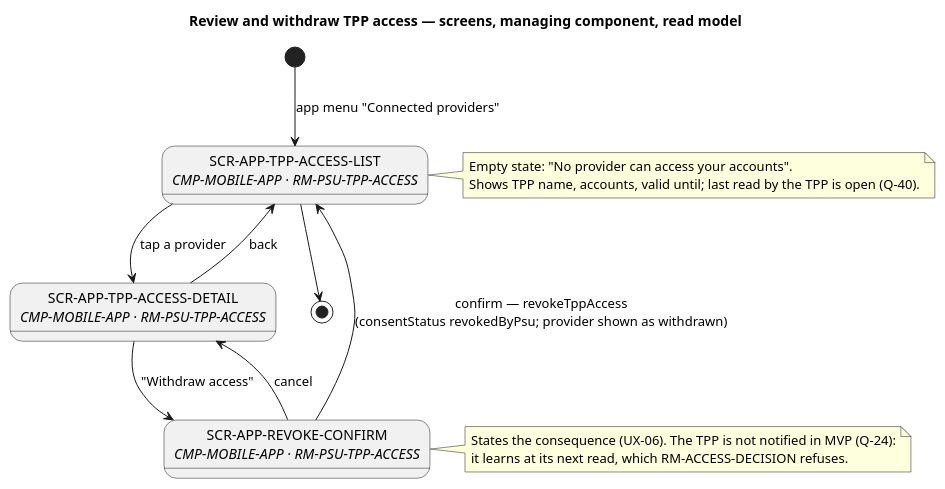
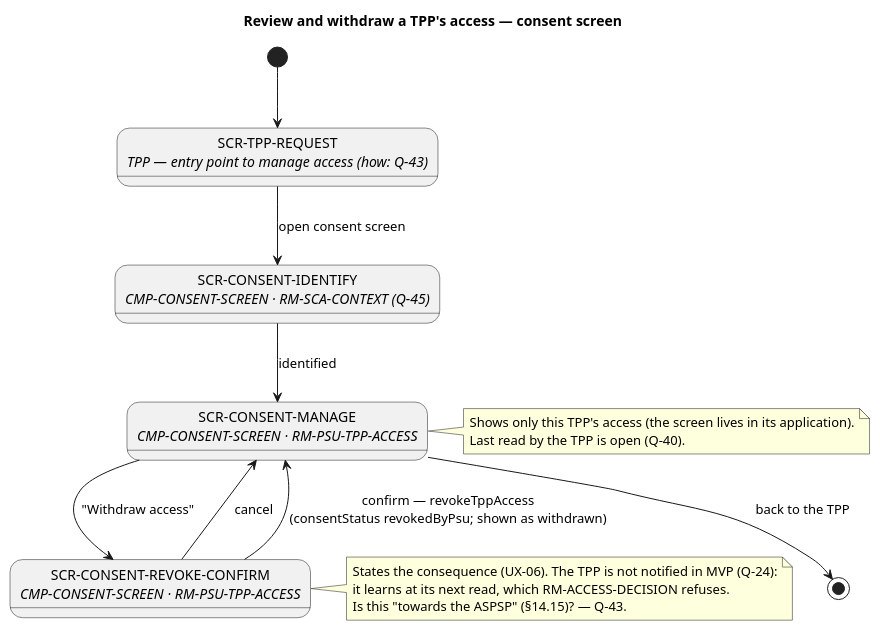
The diagram in docs/system/uml/ux/tpp-access-screen-flow.puml (vondacho/psd2-sandbox), drawn with PlantUML before and after one commit. The commit also changed 32 other files, not shown here.

First line of the commit message:
Realign proposal with ADR revision: consent screen, app as last factor

```diff
--- a/docs/system/uml/ux/tpp-access-screen-flow.puml
+++ b/docs/system/uml/ux/tpp-access-screen-flow.puml
@@ -1,26 +1,29 @@
 @startuml tpp-access-screen-flow
-' Screen flow — review and withdraw TPP access in the mobile app. PROPOSAL, AI, 2026-09-19 (iteration 2).
-' Stories: STORY-PSU-ACCESS-OVERVIEW, STORY-PSU-REVOKE (scope open, Q-26; data owner D-01).
-title Review and withdraw TPP access — screens, managing component, read model
+' Screen flow — review and withdraw one TPP's access. PROPOSAL, AI, 2026-09-19.
+' Iteration 3 (SRC-ADR 87c72b8): on the consent screen, presented in the TPP web application — no
+' longer in the mobile app, and no cross-TPP overview. Stories: STORY-PSU-REVOKE.
+title Review and withdraw a TPP's access — consent screen
 
-state "SCR-APP-TPP-ACCESS-LIST\n<i>CMP-MOBILE-APP · RM-PSU-TPP-ACCESS</i>" as List
-state "SCR-APP-TPP-ACCESS-DETAIL\n<i>CMP-MOBILE-APP · RM-PSU-TPP-ACCESS</i>" as Detail
-state "SCR-APP-REVOKE-CONFIRM\n<i>CMP-MOBILE-APP · RM-PSU-TPP-ACCESS</i>" as Confirm
+state "SCR-TPP-REQUEST\n<i>TPP — entry point to manage access (how: Q-43)</i>" as Entry
+state "SCR-CONSENT-IDENTIFY\n<i>CMP-CONSENT-SCREEN · RM-SCA-CONTEXT (Q-45)</i>" as Identify
+state "SCR-CONSENT-MANAGE\n<i>CMP-CONSENT-SCREEN · RM-PSU-TPP-ACCESS</i>" as Manage
+state "SCR-CONSENT-REVOKE-CONFIRM\n<i>CMP-CONSENT-SCREEN · RM-PSU-TPP-ACCESS</i>" as Confirm
 
-[*] --> List : app menu "Connected providers"
-List --> Detail : tap a provider
-Detail --> List : back
-Detail --> Confirm : "Withdraw access"
-Confirm --> Detail : cancel
-Confirm --> List : confirm — revokeTppAccess\n(consentStatus revokedByPsu; provider shown as withdrawn)
-List --> [*]
+[*] --> Entry
+Entry --> Identify : open consent screen
+Identify --> Manage : identified
+Manage --> Confirm : "Withdraw access"
+Confirm --> Manage : cancel
+Confirm --> Manage : confirm — revokeTppAccess\n(consentStatus revokedByPsu; shown as withdrawn)
+Manage --> [*] : back to the TPP
 
-note right of List
-  Empty state: "No provider can access your accounts".
-  Shows TPP name, accounts, valid until; last read by the TPP is open (Q-40).
+note right of Manage
+  Shows only this TPP's access (the screen lives in its application).
+  Last read by the TPP is open (Q-40).
 end note
 note right of Confirm
   States the consequence (UX-06). The TPP is not notified in MVP (Q-24):
   it learns at its next read, which RM-ACCESS-DECISION refuses.
+  Is this "towards the ASPSP" (§14.15)? — Q-43.
 end note
 @enduml
```
